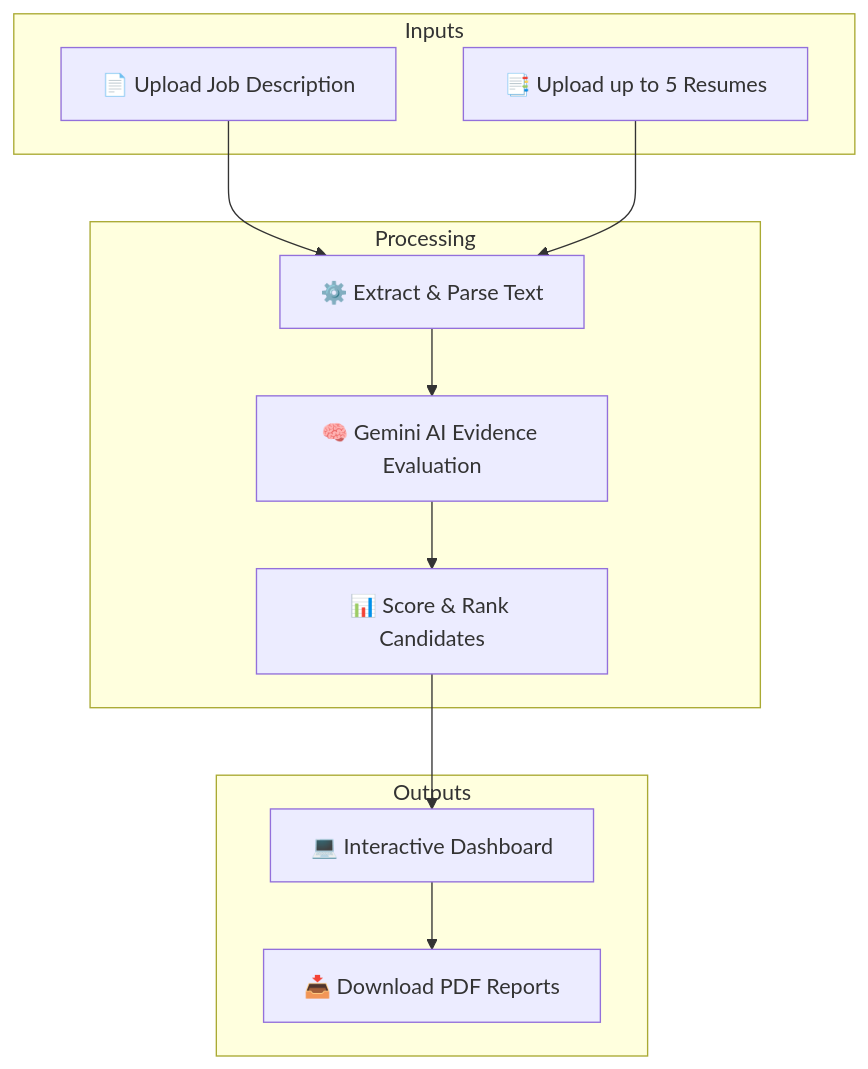
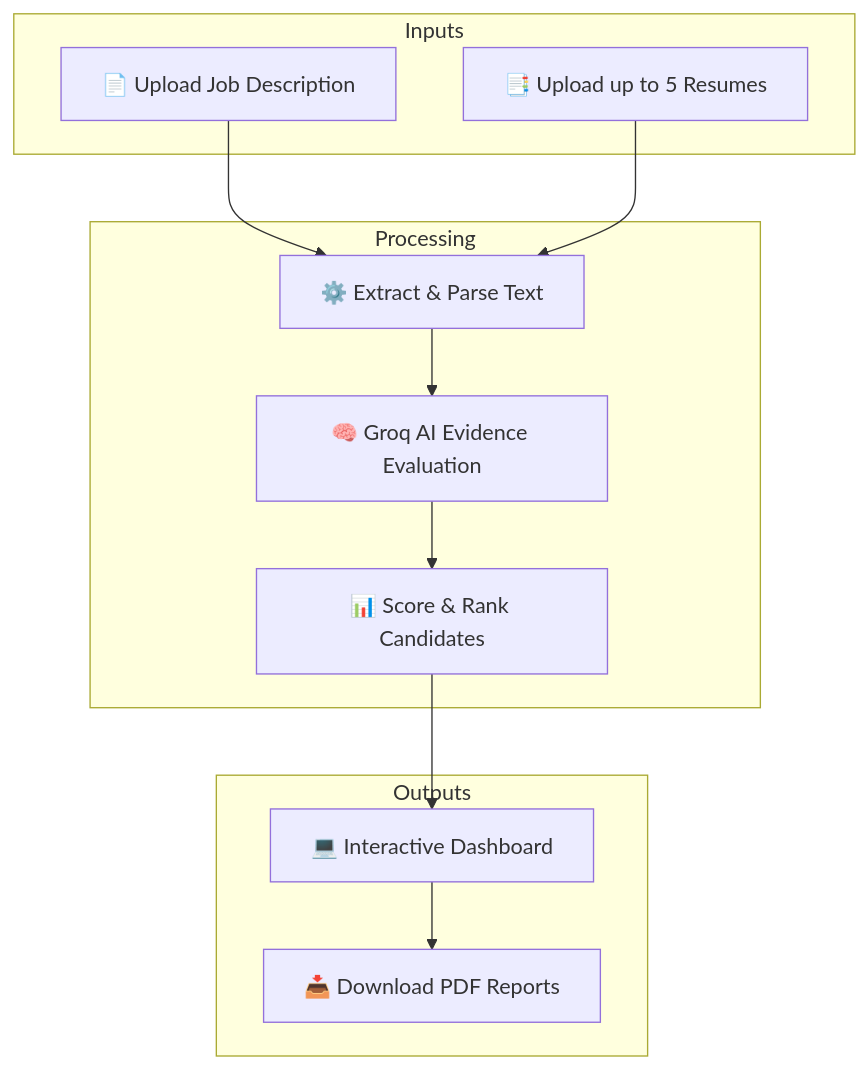
One commit to Saravanan2005real/AI-Powered-Resume-JD-analyzer changed the first of 2 diagrams in README.md. Above: the diagram before and after it, drawn with Mermaid. The commit also changed other lines of this file and 1 other file, not shown here.

Commit message:
Update docs to reflect Groq migration

````diff
--- a/README.md
+++ b/README.md
@@ -7,25 +7,25 @@
 ```mermaid
 flowchart TD
     subgraph Inputs
     A["📄 Upload Job Description"]
     B["📑 Upload up to 5 Resumes"]
     end
     
     subgraph Processing
     C["⚙️ Extract & Parse Text"]
-    D["🧠 Gemini AI Evidence Evaluation"]
+    D["🧠 Groq AI Evidence Evaluation"]
     E["📊 Score & Rank Candidates"]
     end
     
     subgraph Outputs
     F["💻 Interactive Dashboard"]
     G["📥 Download PDF Reports"]
     end
     
     A --> C
     B --> C
     C --> D
     D --> E
     E --> F
     F --> G
 ```
````
